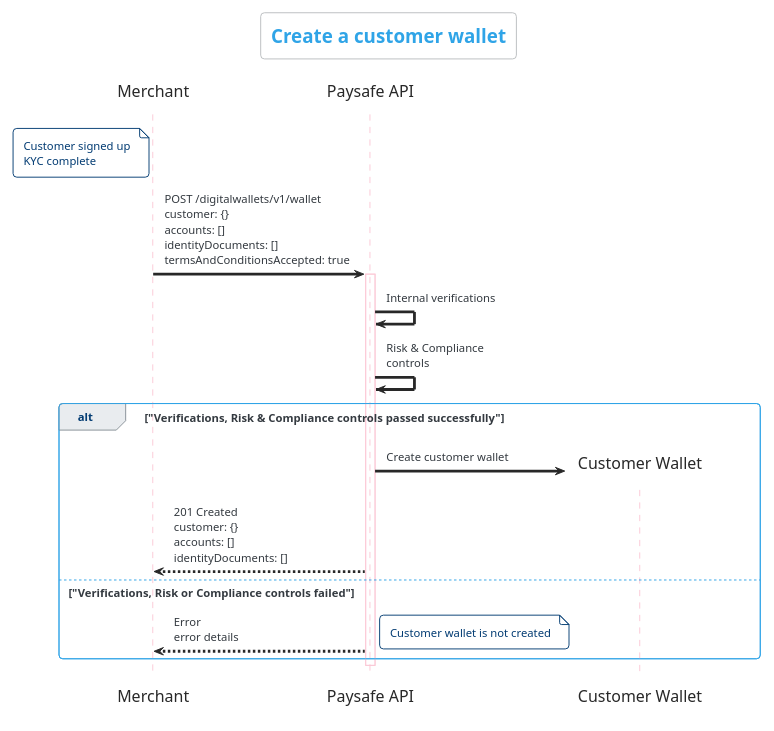
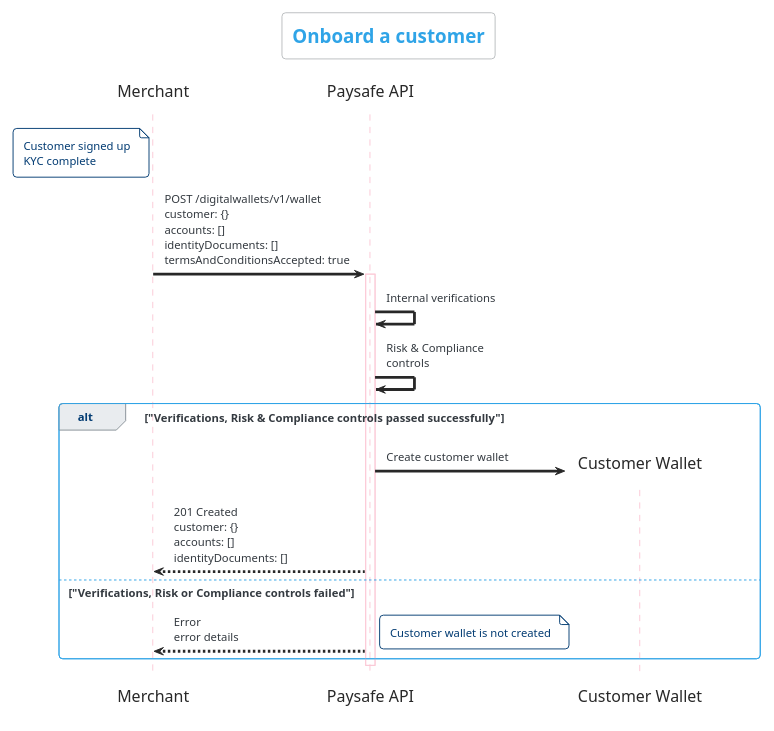
One commit to paysafegroup/WalletAPI changed the first of 2 diagrams in diagrams/diagrams.plantuml. Above: the diagram before and after it, drawn with PlantUML. The commit also changed other lines of this file and 2 other files, not shown here.

Commit message:
Added diagram for Deposit with Card

```diff
--- a/diagrams/diagrams.plantuml
+++ b/diagrams/diagrams.plantuml
@@ -1,35 +1,35 @@
 @startuml "0-Wallet-Create"
-    title "Create a customer wallet"
+    title "Onboard a customer"
 
     !theme cerulean-outline
 
     skinparam dpi 72
     skinparam shadowing false
     skinparam backgroundColor #FFFFFF
     skinparam Sequence {
         ParticipantBorderColor #FFFFFF
         ParticipantBackgroundColor #FFFFFF
         ParticipantFontSize 17
         ParticipantFontColor #282828
         ArrowColor #282828
         LifeLineBorderColor #FBC9D6
     }
 
     participant "Merchant" as Merchant
     participant "Paysafe API" as PaysafeAPI
     participant "Customer Wallet" as CW
 
     note left of Merchant: Customer signed up\nKYC complete
     Merchant -> PaysafeAPI: POST /digitalwallets/v1/wallet\ncustomer: {}\naccounts: []\nidentityDocuments: []\ntermsAndConditionsAccepted: true
     activate PaysafeAPI
         PaysafeAPI -> PaysafeAPI: Internal verifications
         PaysafeAPI -> PaysafeAPI: Risk & Compliance\ncontrols
         alt "Verifications, Risk & Compliance controls passed successfully"
             PaysafeAPI -> CW **: Create customer wallet
             Merchant <-- PaysafeAPI: 201 Created\ncustomer: {}\naccounts: []\nidentityDocuments: []
         else "Verifications, Risk or Compliance controls failed"
             Merchant <-- PaysafeAPI: Error\nerror details
             note right: Customer wallet is not created
         end if
     deactivate PaysafeAPI
 @enduml
```
